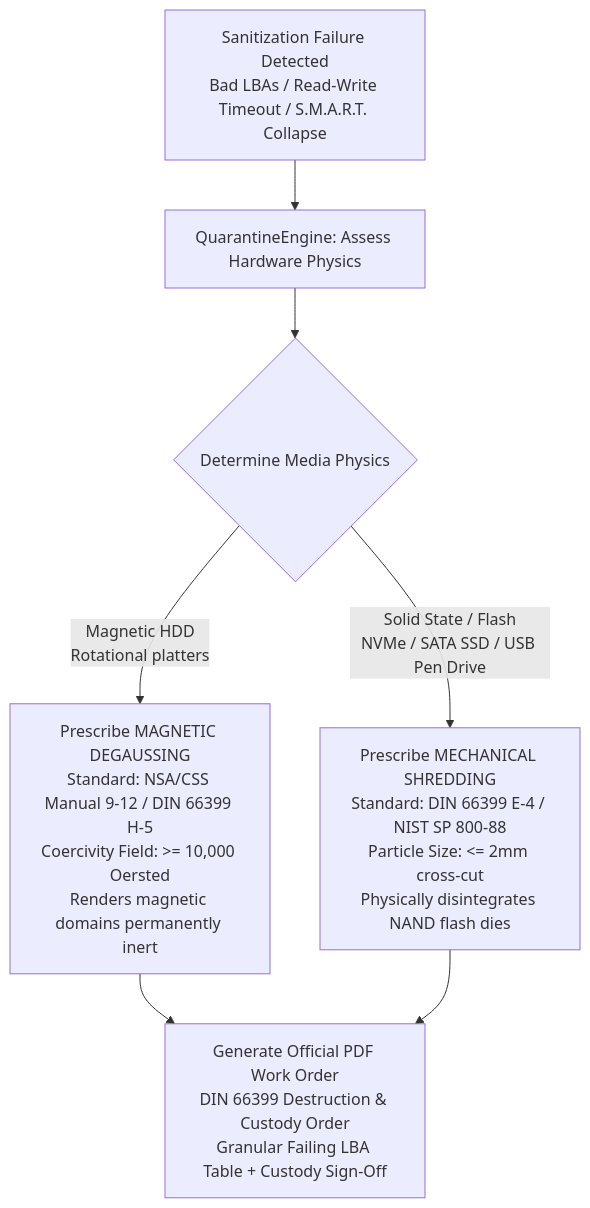
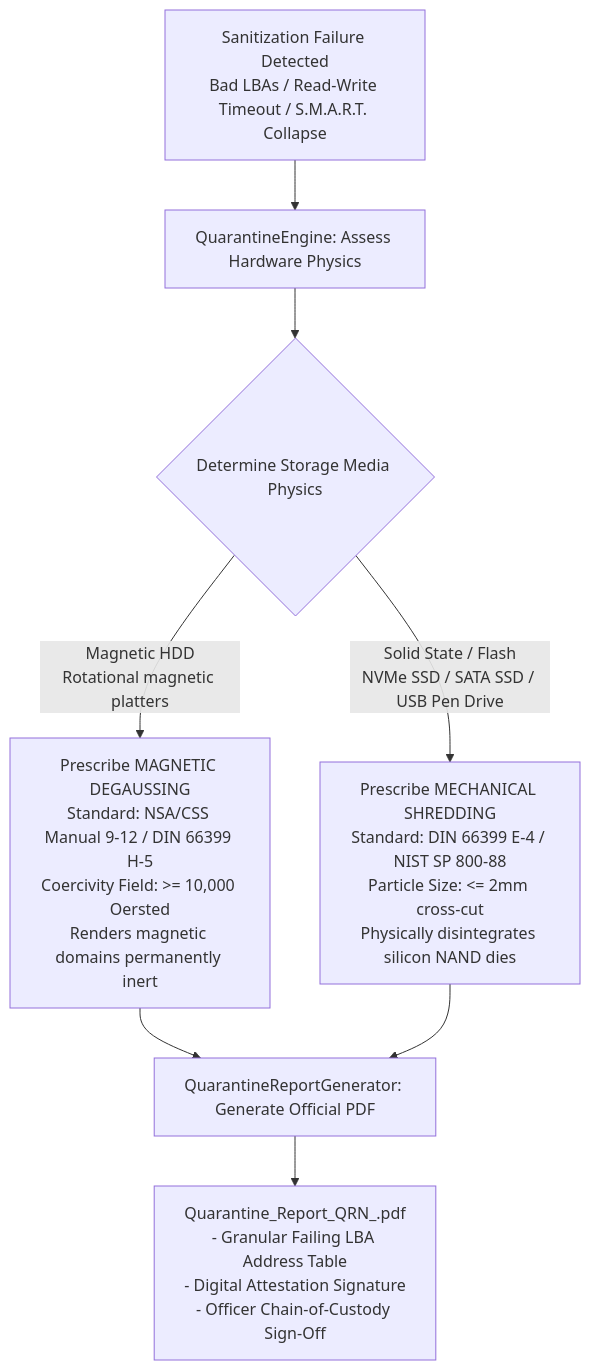
One commit to pranaash31/Secure-Data-Wiping changed the tenth of 13 diagrams in PROJECT_STUDY_GUIDE.md. Above: the diagram before and after it, drawn with Mermaid. The commit also changed other lines of this file, not shown here.

````diff
--- a/PROJECT_STUDY_GUIDE.md
+++ b/PROJECT_STUDY_GUIDE.md
@@ -304,13 +511,15 @@
 ```mermaid
 flowchart TD
     FAIL[Sanitization Failure Detected\nBad LBAs / Read-Write Timeout / S.M.A.R.T. Collapse] --> ASSESS[QuarantineEngine: Assess Hardware Physics]
     
-    ASSESS --> DETECT_MEDIA{Determine Media Physics}
+    ASSESS --> DETECT_MEDIA{Determine Storage Media Physics}
     
-    DETECT_MEDIA -->|Magnetic HDD\nRotational platters| DEGAUSS[Prescribe MAGNETIC DEGAUSSING\nStandard: NSA/CSS Manual 9-12 / DIN 66399 H-5\nCoercivity Field: >= 10,000 Oersted\nRenders magnetic domains permanently inert]
+    DETECT_MEDIA -->|Magnetic HDD\nRotational magnetic platters| DEGAUSS[Prescribe MAGNETIC DEGAUSSING\nStandard: NSA/CSS Manual 9-12 / DIN 66399 H-5\nCoercivity Field: >= 10,000 Oersted\nRenders magnetic domains permanently inert]
     
-    DETECT_MEDIA -->|Solid State / Flash\nNVMe / SATA SSD / USB Pen Drive| SHRED[Prescribe MECHANICAL SHREDDING\nStandard: DIN 66399 E-4 / NIST SP 800-88\nParticle Size: <= 2mm cross-cut\nPhysically disintegrates NAND flash dies]
+    DETECT_MEDIA -->|Solid State / Flash\nNVMe SSD / SATA SSD / USB Pen Drive| SHRED[Prescribe MECHANICAL SHREDDING\nStandard: DIN 66399 E-4 / NIST SP 800-88\nParticle Size: <= 2mm cross-cut\nPhysically disintegrates silicon NAND dies]
     
-    DEGAUSS --> ORDER[Generate Official PDF Work Order\nDIN 66399 Destruction & Custody Order\nGranular Failing LBA Table + Custody Sign-Off]
-    SHRED --> ORDER
+    DEGAUSS --> GEN_ORDER[QuarantineReportGenerator: Generate Official PDF]
+    SHRED --> GEN_ORDER
+    
+    GEN_ORDER --> PDF_OUT["Quarantine_Report_QRN_<timestamp>.pdf\n- Granular Failing LBA Address Table\n- Digital Attestation Signature\n- Officer Chain-of-Custody Sign-Off"]
 ```
````
